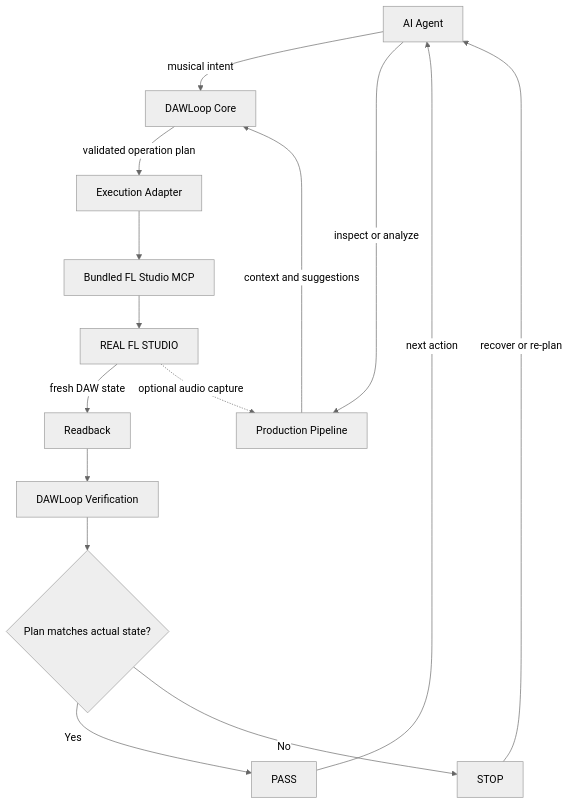
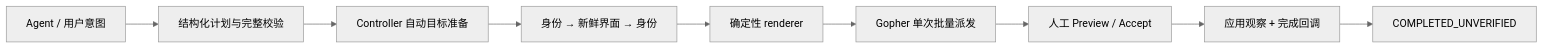
The diagram in README.md (ryurikoneko/DAWLoop), drawn with Mermaid (neutral theme) before and after one commit. The commit also changed other lines of this file and 15 other files, not shown here.

````diff
--- a/README.md
+++ b/README.md
@@ -49,17 +17,11 @@
 ```mermaid
-flowchart TD
-    A[AI Agent] -->|musical intent| C[DAWLoop Core]
-    A -->|inspect or analyze| P[Production Pipeline]
-    P -->|context and suggestions| C
-    C -->|validated operation plan| X[Execution Adapter]
-    X --> M[Bundled FL Studio MCP]
-    M --> F[REAL FL STUDIO]
-    F -->|fresh DAW state| R[Readback]
-    R --> V[DAWLoop Verification]
-    V --> D{Plan matches actual state?}
-    D -->|Yes| PASS[PASS]
-    D -->|No| STOP[STOP]
-    PASS -->|next action| A
-    STOP -->|recover or re-plan| A
-    F -. optional audio capture .-> P
+flowchart LR
+    A[Agent / 用户意图] --> B[结构化计划与完整校验]
+    B --> C[Controller 自动目标准备]
+    C --> D[身份 → 新鲜界面 → 身份]
+    D --> E[确定性 renderer]
+    E --> F[Gopher 单次批量派发]
+    F --> G[人工 Preview / Accept]
+    G --> H[应用观察 + 完成回调]
+    H --> I[COMPLETED_UNVERIFIED]
 ```
````
